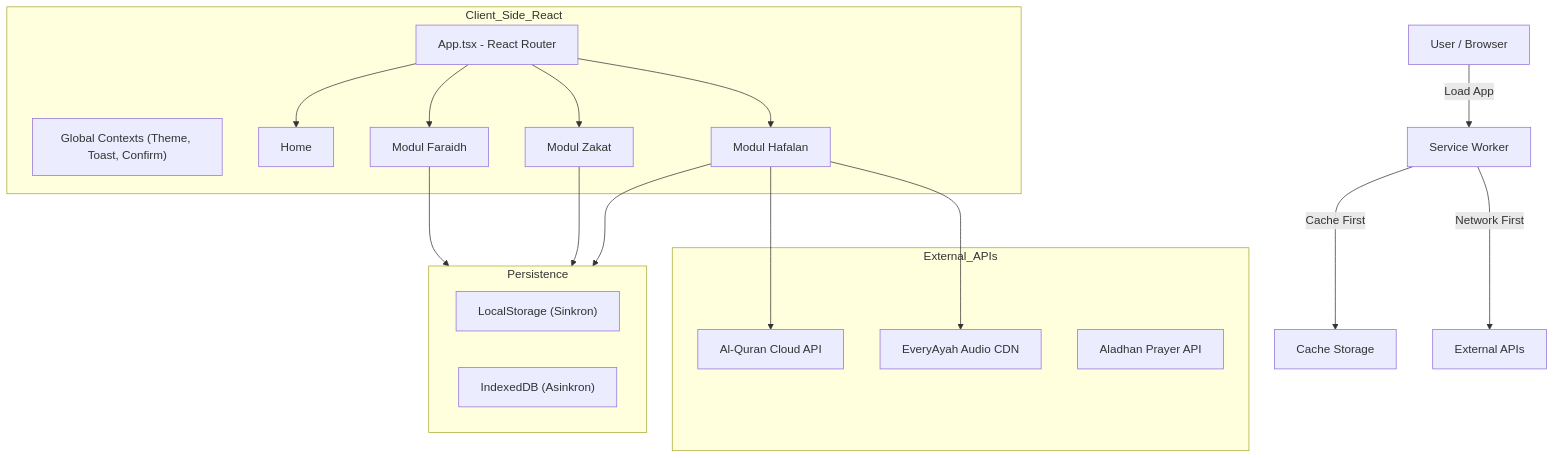
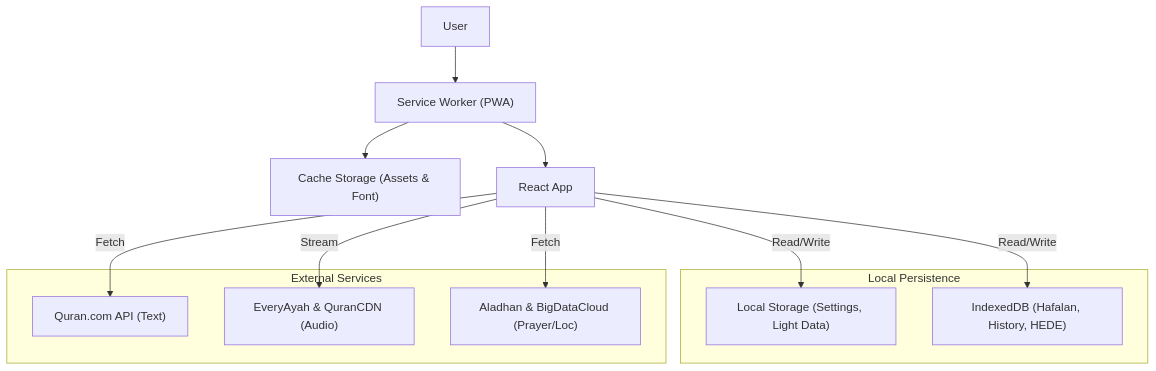
One commit to ariefShaifullah/nizamy changed the diagram in FLOW.md. Above: the diagram before and after it, drawn with Mermaid. The commit also changed other lines of this file and 44 other files, not shown here.

````diff
--- a/FLOW.md
+++ b/FLOW.md
@@ -9,34 +9,23 @@
 ```mermaid
 graph TD
-    UserNode["User / Browser"] -->|Load App| SWNode["Service Worker"]
-    SWNode -->|Cache First| CacheNode["Cache Storage"]
-    SWNode -->|Network First| API_Node["External APIs"]
+    User["User"] --> SW["Service Worker (PWA)"]
+    SW --> Cache["Cache Storage (Assets & Font)"]
+    SW --> App["React App"]
 
-    subgraph External_APIs
-        AlquranNode["Al-Quran Cloud API"]
-        AudioNode["EveryAyah Audio CDN"]
-        PrayerNode["Aladhan Prayer API"]
+    subgraph "Local Persistence"
+        LS["Local Storage (Settings, Light Data)"]
+        IDB["IndexedDB (Hafalan, History, HEDE)"]
     end
 
-    subgraph Client_Side_React
-        RouterNode["App.tsx - React Router"]
-        ContextNode["Global Contexts (Theme, Toast, Confirm)"]
-
-        RouterNode --> HomeNode["Home"]
-        RouterNode --> FaraidhNode["Modul Faraidh"]
-        RouterNode --> ZakatNode["Modul Zakat"]
-        RouterNode --> HafalanNode["Modul Hafalan"]
+    subgraph "External Services"
+        QuranAPI["Quran.com API (Text)"]
+        AudioCDN["EveryAyah & QuranCDN (Audio)"]
+        GeoAPI["Aladhan & BigDataCloud (Prayer/Loc)"]
     end
 
-    subgraph Persistence
-        direction LR
-        LSNode["LocalStorage (Sinkron)"]
-        IDBNode["IndexedDB (Asinkron)"]
-    end
-
-    FaraidhNode --> LSNode
-    ZakatNode --> LSNode
-    HafalanNode --> IDBNode
-    HafalanNode --> AlquranNode
-    HafalanNode --> AudioNode
+    App -->|Read/Write| LS
+    App -->|Read/Write| IDB
+    App -->|Fetch| QuranAPI
+    App -->|Stream| AudioCDN
+    App -->|Fetch| GeoAPI
 ```
````
